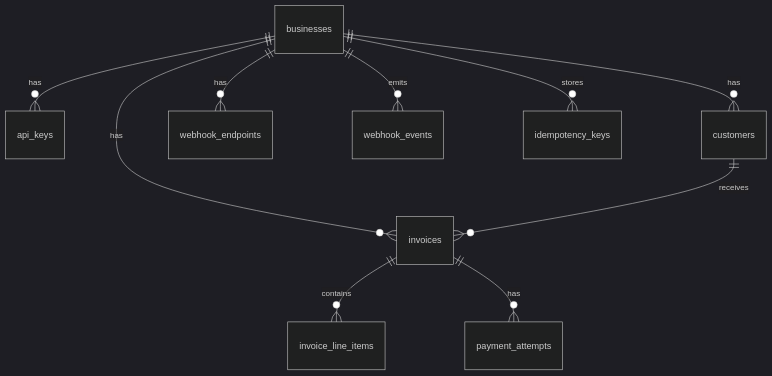
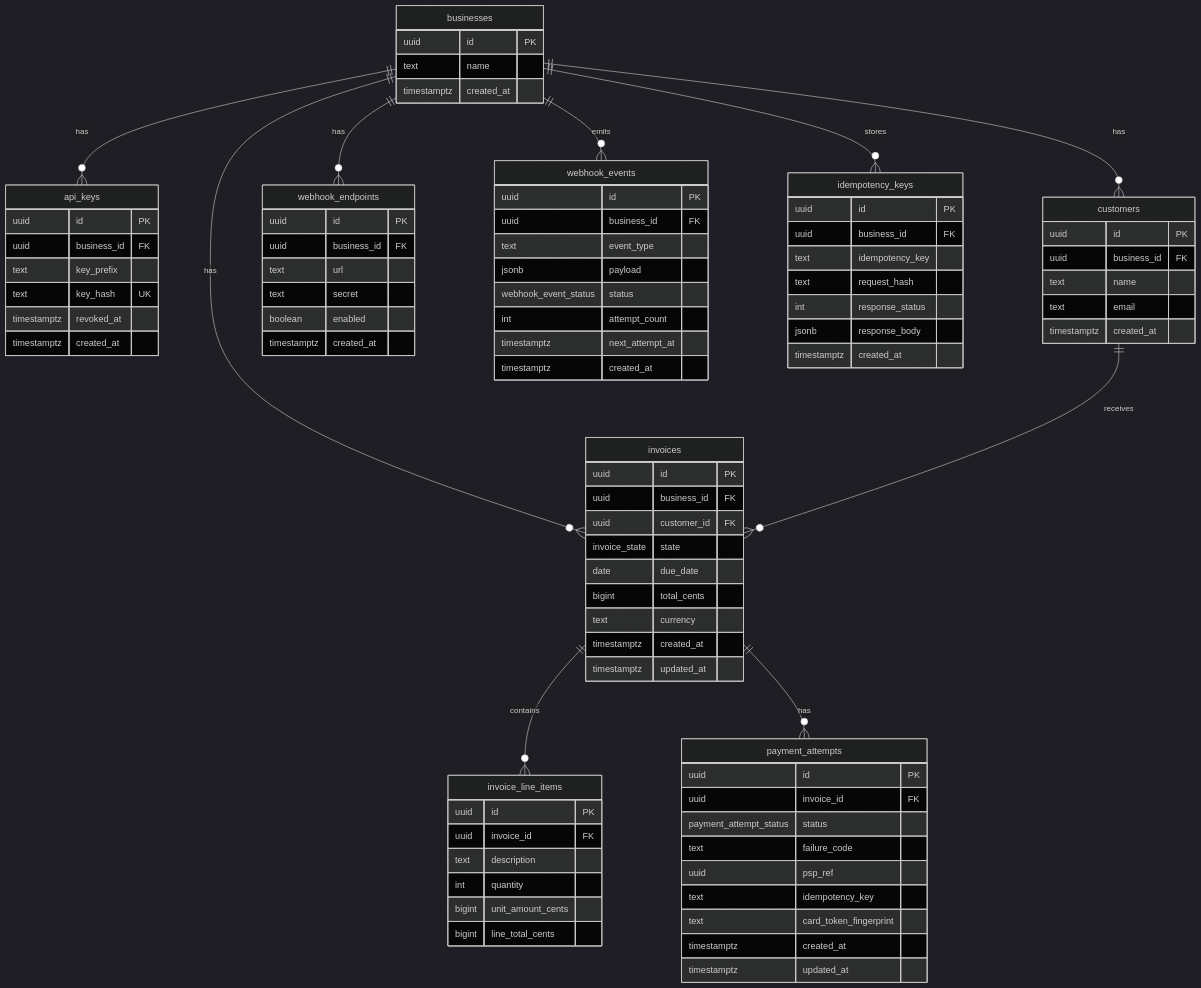
The first of 2 diagrams in DESIGN.md (anshyyy/Dodo), drawn with Mermaid (dark theme) before and after one commit. The commit also changed other lines of this file and 2 other files, not shown here.

Commit message:
Enhance database schema in DESIGN.md with detailed table definitions and constraints for businesses, api_keys, customers, invoices, invoice_line_items, payment_attempts, idempotency_keys, webhook_endpoints, and webhook_events. Update enums for invoice and payment statuses. Improve error handling in extractors.rs for AuthBusiness retrieval. Specify response type in psp_client.rs charge method for clarity.

````diff
--- a/DESIGN.md
+++ b/DESIGN.md
@@ -13,4 +13,82 @@
     invoices ||--o{ invoice_line_items : contains
     invoices ||--o{ payment_attempts : has
     businesses ||--o{ idempotency_keys : stores
+
+    businesses {
+        uuid id PK
+        text name
+        timestamptz created_at
+    }
+    api_keys {
+        uuid id PK
+        uuid business_id FK
+        text key_prefix
+        text key_hash UK
+        timestamptz revoked_at
+        timestamptz created_at
+    }
+    customers {
+        uuid id PK
+        uuid business_id FK
+        text name
+        text email
+        timestamptz created_at
+    }
+    invoices {
+        uuid id PK
+        uuid business_id FK
+        uuid customer_id FK
+        invoice_state state
+        date due_date
+        bigint total_cents
+        text currency
+        timestamptz created_at
+        timestamptz updated_at
+    }
+    invoice_line_items {
+        uuid id PK
+        uuid invoice_id FK
+        text description
+        int quantity
+        bigint unit_amount_cents
+        bigint line_total_cents
+    }
+    payment_attempts {
+        uuid id PK
+        uuid invoice_id FK
+        payment_attempt_status status
+        text failure_code
+        uuid psp_ref
+        text idempotency_key
+        text card_token_fingerprint
+        timestamptz created_at
+        timestamptz updated_at
+    }
+    idempotency_keys {
+        uuid id PK
+        uuid business_id FK
+        text idempotency_key
+        text request_hash
+        int response_status
+        jsonb response_body
+        timestamptz created_at
+    }
+    webhook_endpoints {
+        uuid id PK
+        uuid business_id FK
+        text url
+        text secret
+        boolean enabled
+        timestamptz created_at
+    }
+    webhook_events {
+        uuid id PK
+        uuid business_id FK
+        text event_type
+        jsonb payload
+        webhook_event_status status
+        int attempt_count
+        timestamptz next_attempt_at
+        timestamptz created_at
+    }
 ```
````
